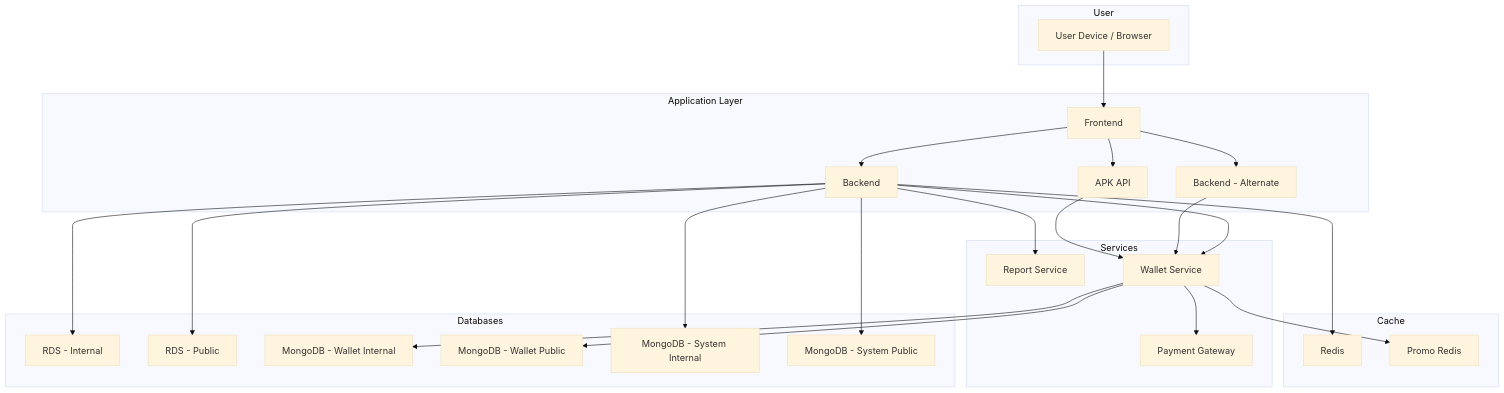
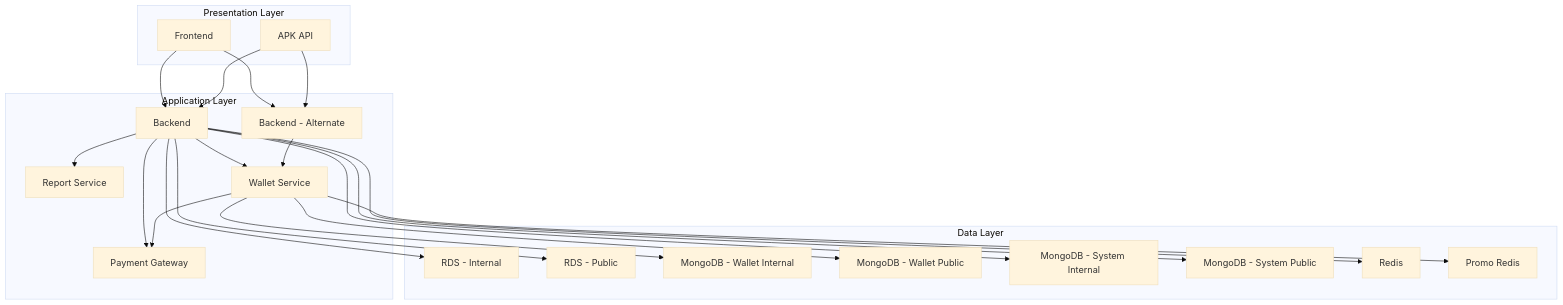
Before and after one commit to aswathparves/arch: the diagram in README.md, drawn with Mermaid (base theme).

````diff
--- a/README.md
+++ b/README.md
@@ -2,53 +2,48 @@
 ```mermaid
 graph TD
-
-  subgraph User
-    U1[User Device / Browser]
-  end
-
-  subgraph Application Layer
+  %% Presentation Layer
+  subgraph Presentation Layer
     FE[Frontend]
-    BE[Backend]
-    BEA[Backend - Alternate]
     APK[APK API]
   end
 
-  subgraph Services
+  %% Application Layer
+  subgraph Application Layer
+    BE[Backend]
+    BEA[Backend - Alternate]
     REP[Report Service]
     WAL[Wallet Service]
     PAY[Payment Gateway]
   end
 
-  subgraph Databases
+  %% Data Layer
+  subgraph Data Layer
     RDSI[RDS - Internal]
     RDSP[RDS - Public]
     MWI[MongoDB - Wallet Internal]
     MWP[MongoDB - Wallet Public]
     MSI[MongoDB - System Internal]
     MSP[MongoDB - System Public]
-  end
-
-  subgraph Cache
     RED[Redis]
     PRED[Promo Redis]
   end
 
-  %% Connections
-  U1 --> FE
+  %% Flow
   FE --> BE
   FE --> BEA
-  FE --> APK
+  APK --> BE
+  APK --> BEA
+  BE --> REP
   BE --> WAL
+  BE --> PAY
   BEA --> WAL
-  APK --> WAL
   WAL --> PAY
-  BE --> REP
   BE --> RDSI
   BE --> RDSP
   WAL --> MWI
   WAL --> MWP
   BE --> MSI
   BE --> MSP
   BE --> RED
   WAL --> PRED
 ```
````
